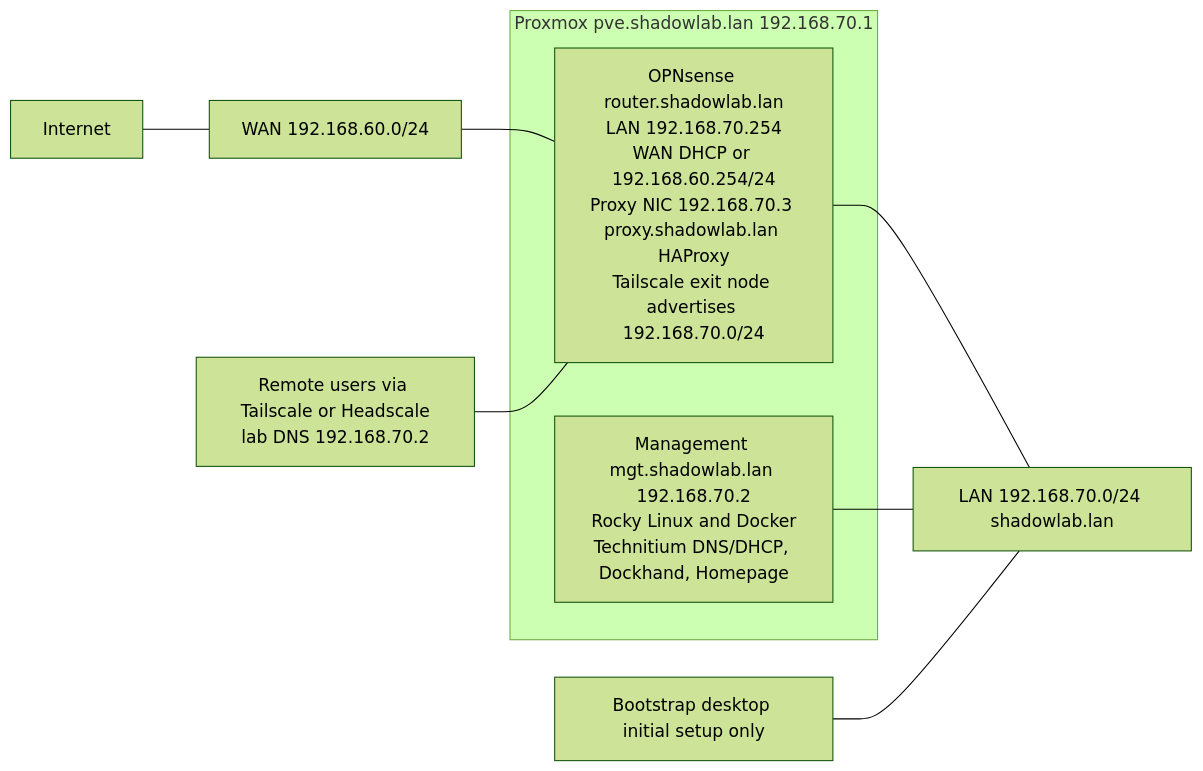
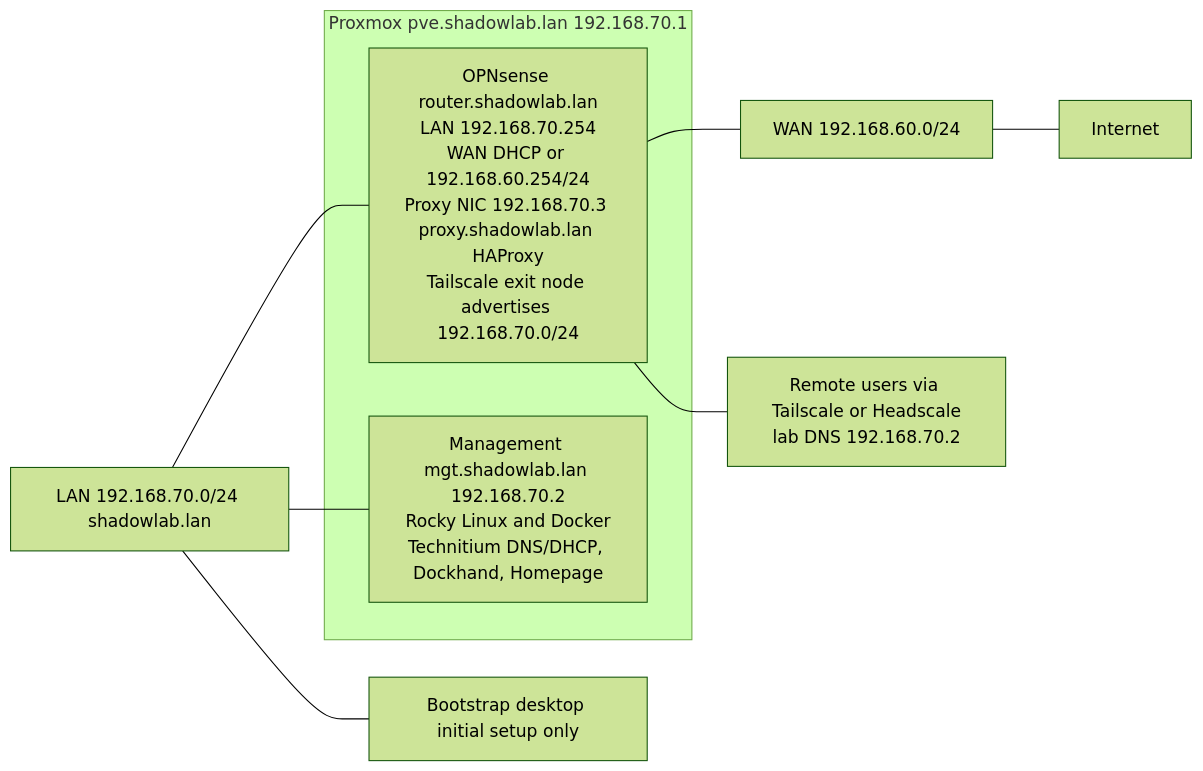
The diagram in docs/diagram.md (dirty-cache/shadowlab), drawn with Mermaid (forest theme) before and after one commit.

Commit message:
Mirror the lab network diagram so the internet sits on the right.

````diff
--- a/docs/diagram.md
+++ b/docs/diagram.md
@@ -7,17 +7,17 @@
 ```mermaid
-flowchart LR
+flowchart RL
   internet[Internet]
   wan["WAN 192.168.60.0/24"]
   subgraph proxmox ["Proxmox pve.shadowlab.lan 192.168.70.1"]
     opnsense["OPNsense router.shadowlab.lan<br/>LAN 192.168.70.254<br/>WAN DHCP or 192.168.60.254/24<br/>Proxy NIC 192.168.70.3 proxy.shadowlab.lan HAProxy<br/>Tailscale exit node advertises 192.168.70.0/24"]
     mgt["Management mgt.shadowlab.lan 192.168.70.2<br/>Rocky Linux and Docker<br/>Technitium DNS/DHCP, Dockhand, Homepage"]
   end
   lan["LAN 192.168.70.0/24 shadowlab.lan"]
   bootstrap[Bootstrap desktop initial setup only]
   remote["Remote users via Tailscale or Headscale<br/>lab DNS 192.168.70.2"]
   internet --- wan --- opnsense
   opnsense --- lan
   mgt --- lan
   bootstrap --- lan
   remote --- opnsense
 ```
````
